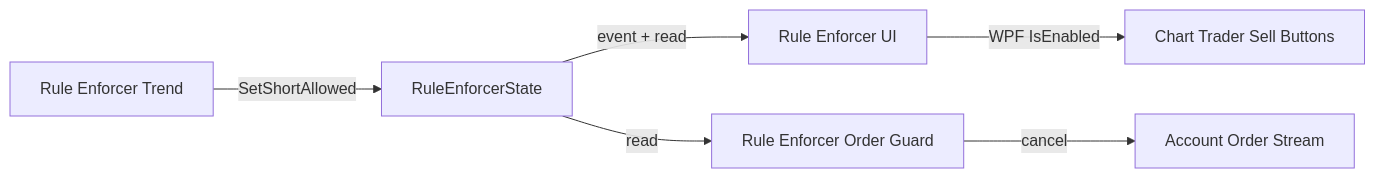
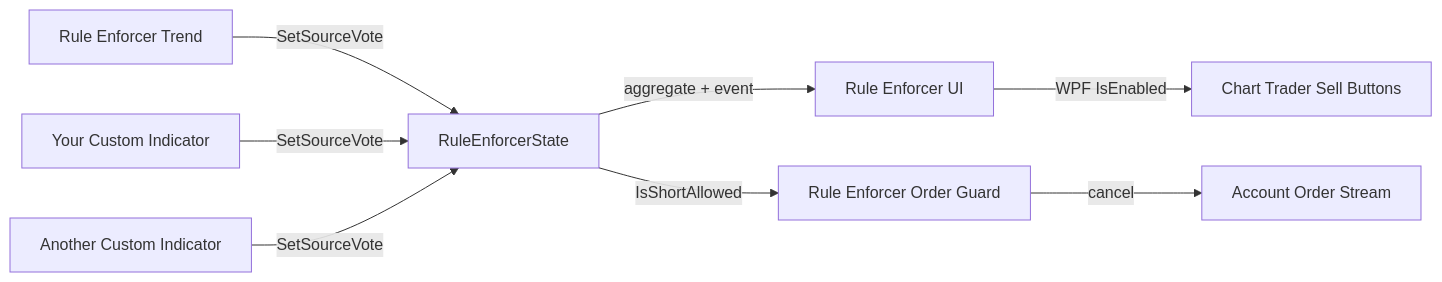
The diagram in README.md (slipalong/NT8-Rule-Enforcer), drawn with Mermaid before and after one commit. The commit also changed other lines of this file and 3 other files, not shown here.

Commit message:
Add multi-source voting layer for short block state

````diff
--- a/README.md
+++ b/README.md
@@ -60,8 +60,10 @@
 ```mermaid
 flowchart LR
-    A[Rule Enforcer Trend] -->|SetShortAllowed| B[RuleEnforcerState]
-    B -->|event + read| C[Rule Enforcer UI]
+    A[Rule Enforcer Trend] -->|SetSourceVote| B[RuleEnforcerState]
+    G[Your Custom Indicator] -->|SetSourceVote| B
+    H[Another Custom Indicator] -->|SetSourceVote| B
+    B -->|aggregate + event| C[Rule Enforcer UI]
     C -->|WPF IsEnabled| D[Chart Trader Sell Buttons]
-    B -->|read| E[Rule Enforcer Order Guard]
+    B -->|IsShortAllowed| E[Rule Enforcer Order Guard]
     E -->|cancel| F[Account Order Stream]
 ```
````
